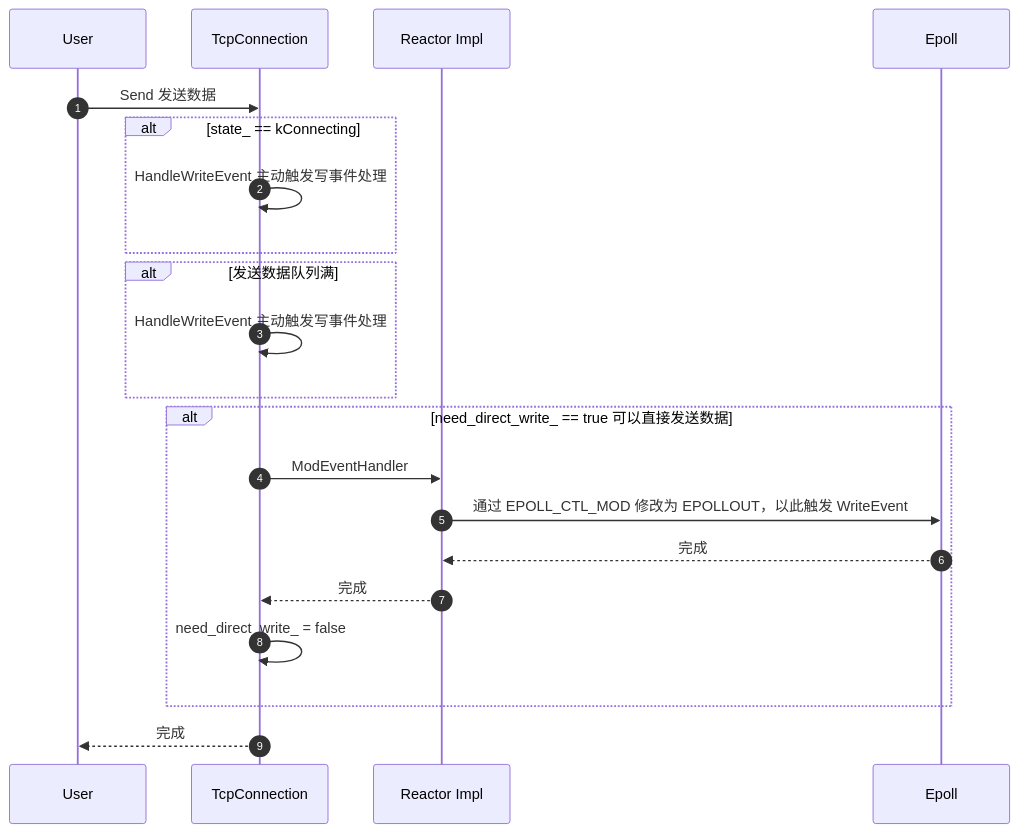
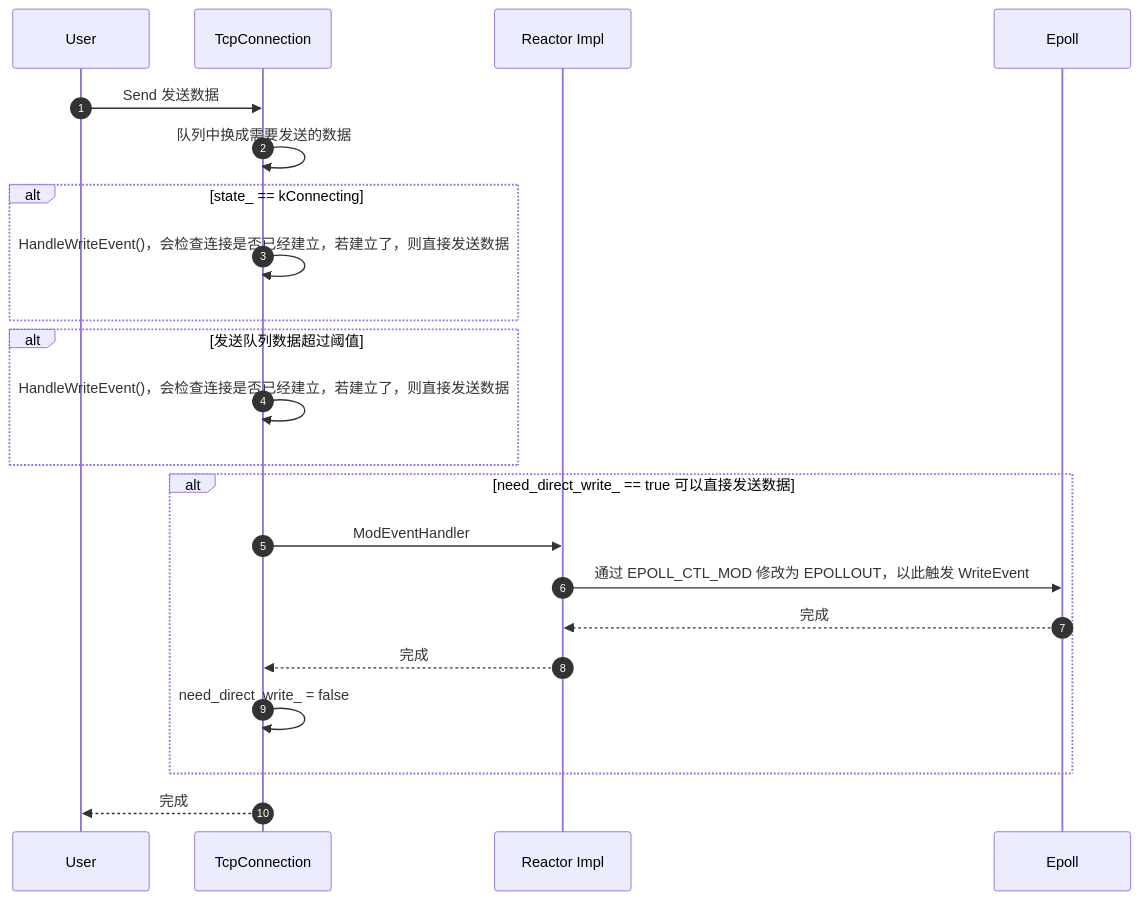
Before and after one commit to lsj9383/blog: the third of 6 diagrams in posts/xrpc/xrpc-network-model/readme.md, drawn with Mermaid. The commit also changed other lines of this file and 1 other file, not shown here.

````diff
--- a/posts/xrpc/xrpc-network-model/readme.md
+++ b/posts/xrpc/xrpc-network-model/readme.md
@@ -671,29 +590,31 @@
 ```mermaid
 sequenceDiagram
 autonumber
 
 participant user as User
 participant tcp_conn as TcpConnection
 participant reactor as Reactor Impl
 participant epoll as Epoll
 
 user ->> tcp_conn: Send 发送数据
 
+tcp_conn ->> tcp_conn: 队列中换成需要发送的数据
+
 alt state_ == kConnecting
-  tcp_conn ->> tcp_conn: HandleWriteEvent 主动触发写事件处理
+  tcp_conn ->> tcp_conn: HandleWriteEvent()，会检查连接是否已经建立，若建立了，则直接发送数据
 end
 
-alt 发送数据队列满
-  tcp_conn ->> tcp_conn: HandleWriteEvent 主动触发写事件处理
+alt 发送队列数据超过阈值
+  tcp_conn ->> tcp_conn: HandleWriteEvent()，会检查连接是否已经建立，若建立了，则直接发送数据
 end
 
 alt need_direct_write_ == true 可以直接发送数据
   tcp_conn ->> reactor: ModEventHandler
   reactor ->> epoll: 通过 EPOLL_CTL_MOD 修改为 EPOLLOUT，以此触发 WriteEvent
   epoll -->> reactor: 完成
   reactor -->> tcp_conn: 完成
   tcp_conn ->> tcp_conn: need_direct_write_ = false
 end
 
 tcp_conn -->> user: 完成
 ```
````
